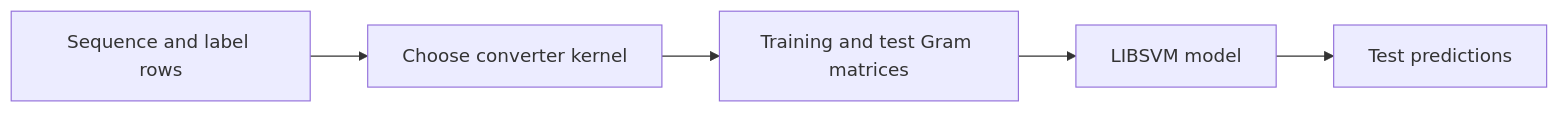
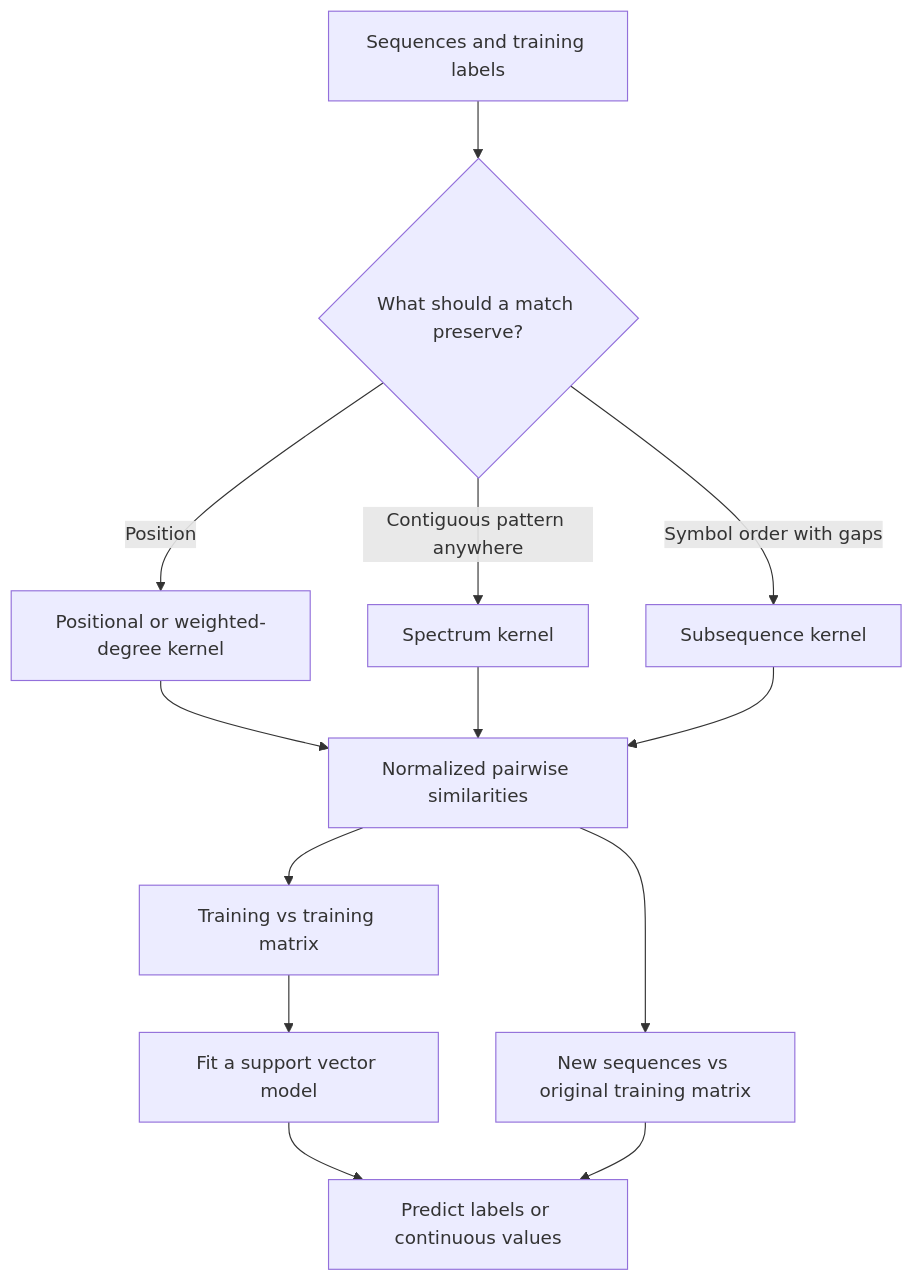
Before and after one commit to cttsai1985/string-kernels-libsvm: the diagram in README.md, drawn with Mermaid. The commit also changed other lines of this file and 9 other files, not shown here.

````diff
--- a/README.md
+++ b/README.md
@@ -93,7 +20,15 @@
 ```mermaid
-flowchart LR
-    A[Sequence and label rows] --> B[Choose converter kernel]
-    B --> C[Training and test Gram matrices]
-    C --> D[LIBSVM model]
-    D --> E[Test predictions]
+flowchart TD
+    A[Sequences and training labels] --> B{What should a match preserve?}
+    B -->|Position| C[Positional or weighted-degree kernel]
+    B -->|Contiguous pattern anywhere| D[Spectrum kernel]
+    B -->|Symbol order with gaps| E[Subsequence kernel]
+    C --> F[Normalized pairwise similarities]
+    D --> F
+    E --> F
+    F --> G[Training vs training matrix]
+    F --> H[New sequences vs original training matrix]
+    G --> I[Fit a support vector model]
+    I --> J[Predict labels or continuous values]
+    H --> J
 ```
````
